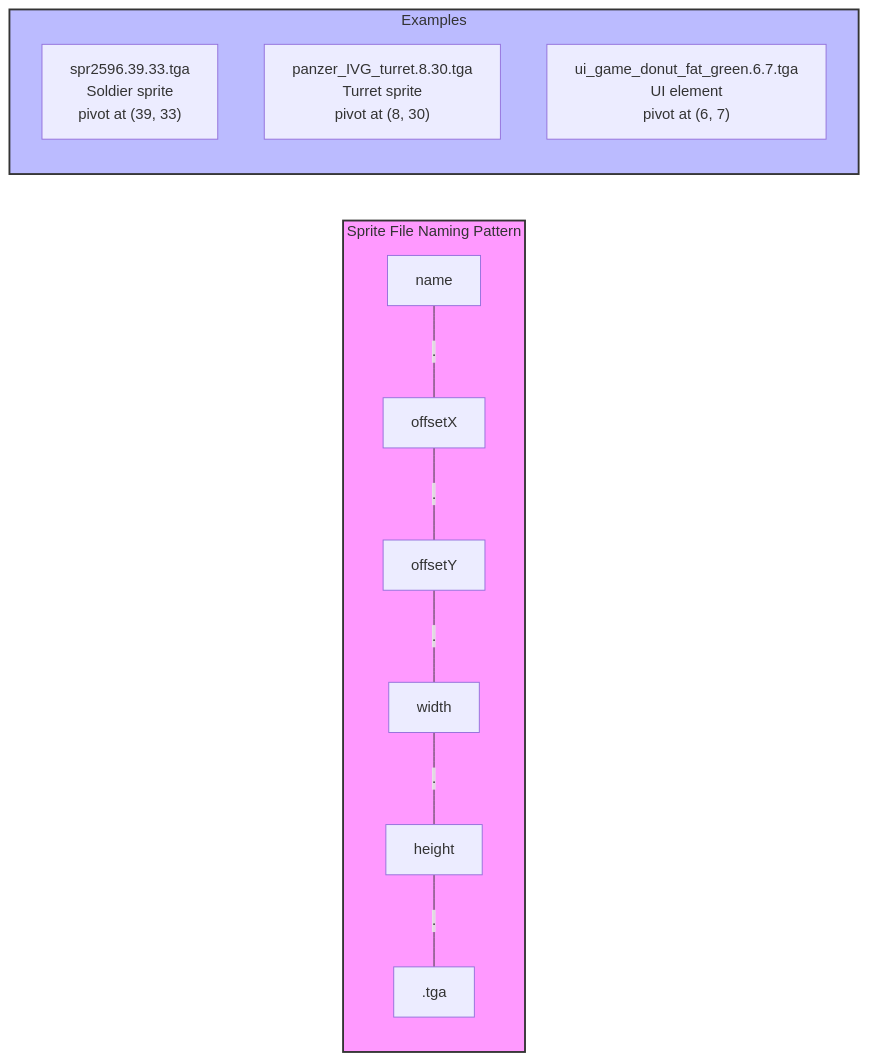
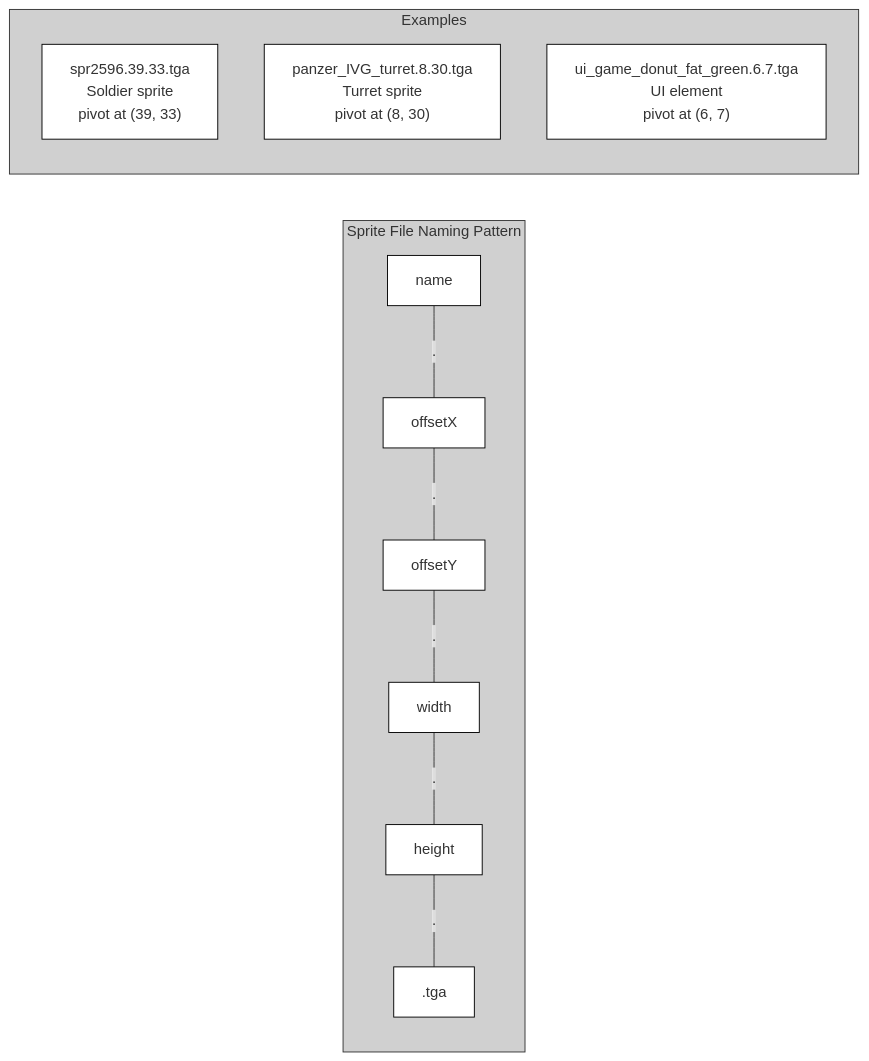
The second of 9 diagrams in appendix_c_file_formats.md (jukofyork/close-combat-architecture-study), drawn with Mermaid before and after one commit. The commit also changed other lines of this file and 15 other files, not shown here.

````diff
--- a/appendix_c_file_formats.md
+++ b/appendix_c_file_formats.md
@@ -315,22 +350,26 @@
 ```mermaid
 flowchart LR
     subgraph Pattern["Sprite File Naming Pattern"]
         name["name"]
         offsetX["offsetX"]
         offsetY["offsetY"]
         width["width"]
         height["height"]
         ext[".tga"]
     end
     
     name ---|"."| offsetX ---|"."| offsetY ---|"."| width ---|"."| height ---|"."| ext
     
     subgraph Examples["Examples"]
         ex1["spr2596.39.33.tga<br>Soldier sprite<br>pivot at (39, 33)"]
         ex2["panzer_IVG_turret.8.30.tga<br>Turret sprite<br>pivot at (8, 30)"]
         ex3["ui_game_donut_fat_green.6.7.tga<br>UI element<br>pivot at (6, 7)"]
     end
     
-    style Pattern fill:#f9f,stroke:#333,stroke-width:2px
-    style Examples fill:#bbf,stroke:#333,stroke-width:2px
+    classDef default fill:#fff,stroke:#000,stroke-width:1px
+    classDef light fill:#f0f0f0,stroke:#333,stroke-width:1px
+    classDef medium fill:#d0d0d0,stroke:#333,stroke-width:1px
+    classDef dark fill:#b0b0b0,stroke:#000,stroke-width:2px
+
+    class Pattern,Examples medium
 ```
````
